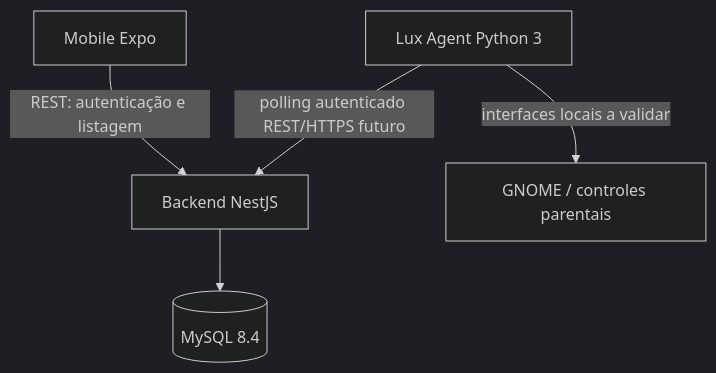
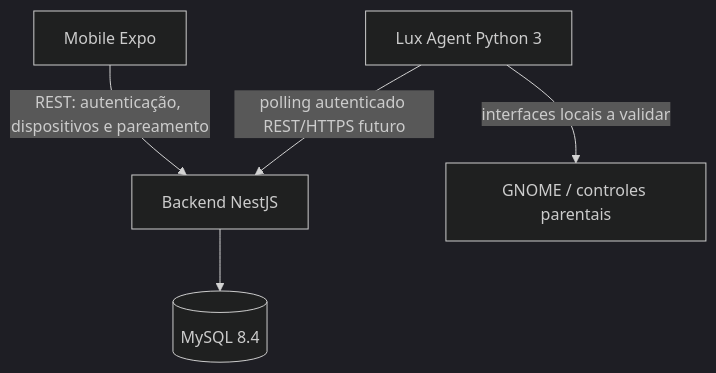
One commit to cfrans/Projeto-Integrador-FatecID-5Sem changed the diagram in docs/architecture.md. Above: the diagram before and after it, drawn with Mermaid (dark theme). The commit also changed other lines of this file and 17 other files, not shown here.

First line of the commit message:
feat(mobile): integrate QR pairing flow

````diff
--- a/docs/architecture.md
+++ b/docs/architecture.md
@@ -5,7 +5,7 @@
 ```mermaid
 flowchart TD
-    M[Mobile Expo] -->|REST: autenticação e listagem| B[Backend NestJS]
+    M[Mobile Expo] -->|REST: autenticação, dispositivos e pareamento| B[Backend NestJS]
     A[Lux Agent Python 3] -->|polling autenticado REST/HTTPS futuro| B[Backend NestJS]
     A -->|interfaces locais a validar| G[GNOME / controles parentais]
     B --> D[(MySQL 8.4)]
 ```
````
